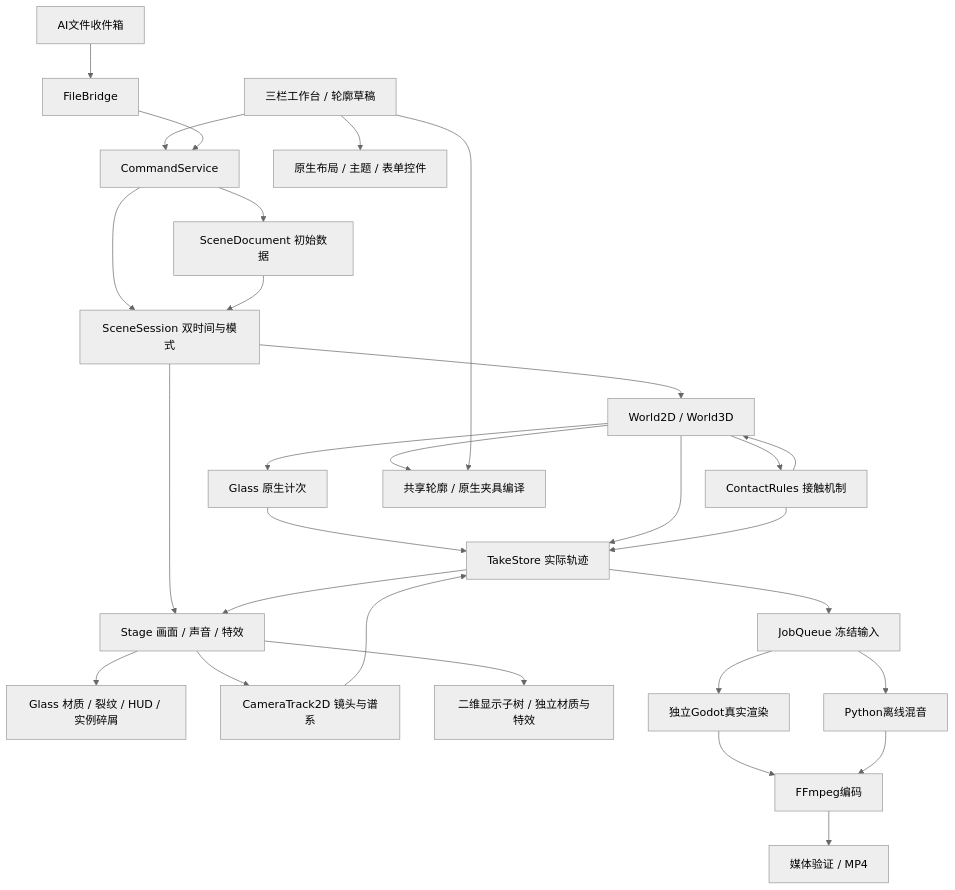
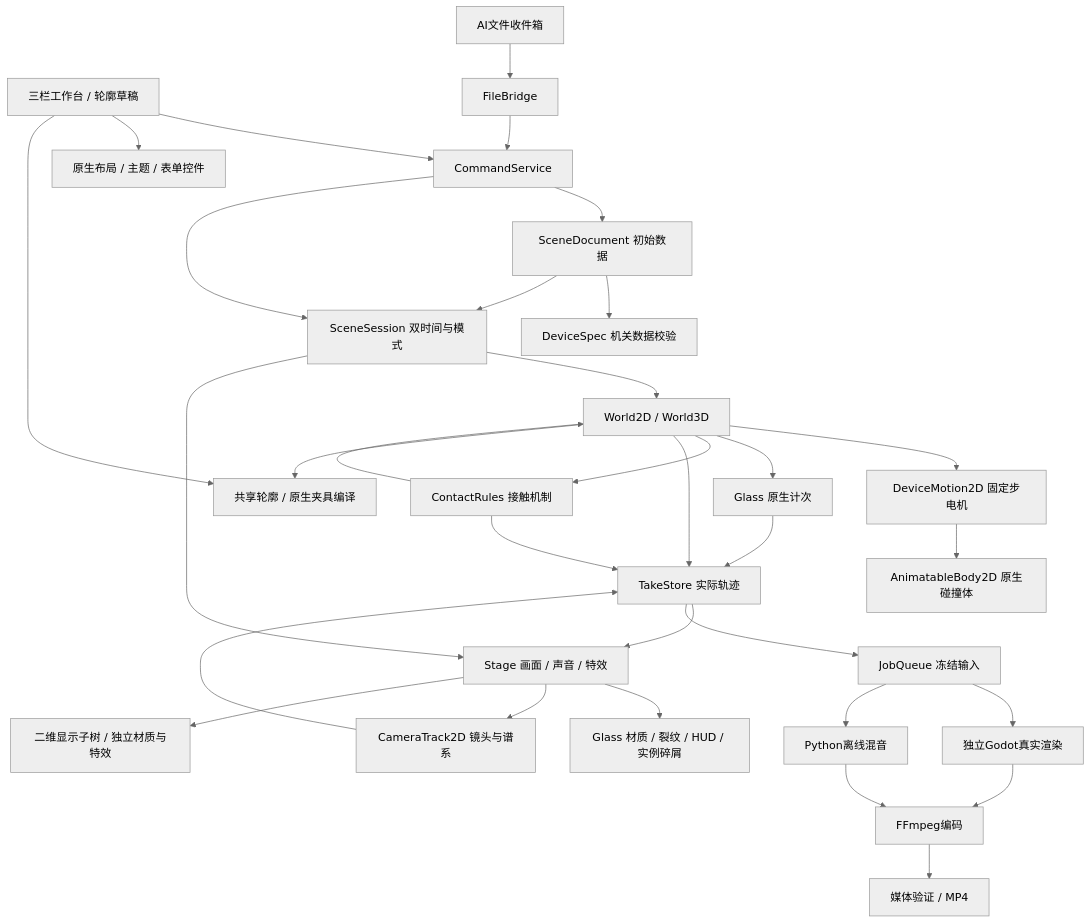
One commit to ELPSYKONGR/GodotWorkspace changed the diagram in FILE_INDEX.md. Above: the diagram before and after it, drawn with Mermaid (neutral theme). The commit also changed other lines of this file and 33 other files, not shown here.

````diff
--- a/FILE_INDEX.md
+++ b/FILE_INDEX.md
@@ -182,31 +188,34 @@
 ```mermaid
 flowchart TD
   UI[三栏工作台 / 轮廓草稿] --> CMD[CommandService]
   UI --> Shell[原生布局 / 主题 / 表单控件]
   AI[AI文件收件箱] --> Bridge[FileBridge]
   Bridge --> CMD
   CMD --> Doc[SceneDocument 初始数据]
+  Doc --> DeviceSpec[DeviceSpec 机关数据校验]
   CMD --> Session[SceneSession 双时间与模式]
   Doc --> Session
   Session --> World[World2D / World3D]
+  World --> Motor[DeviceMotion2D 固定步电机]
+  Motor --> NativeMotor[AnimatableBody2D 原生碰撞体]
   World --> GlassDamage[Glass 原生计次]
   GlassDamage --> Take
   Stage --> GlassView[Glass 材质 / 裂纹 / HUD / 实例碎屑]
   World --> Rules[ContactRules 接触机制]
   Rules --> World
   World --> Take[TakeStore 实际轨迹]
   Rules --> Take
   Session --> Stage[Stage 画面 / 声音 / 特效]
   Stage --> Camera[CameraTrack2D 镜头与谱系]
   Camera --> Take
   Stage --> Visuals[二维显示子树 / 独立材质与特效]
   World --> Geometry[共享轮廓 / 原生夹具编译]
   UI --> Geometry
   Take --> Stage
   Take --> Job[JobQueue 冻结输入]
   Job --> Renderer[独立Godot真实渲染]
   Job --> Mix[Python离线混音]
   Renderer --> Encode[FFmpeg编码]
   Mix --> Encode
   Encode --> Check[媒体验证 / MP4]
 ```
````
